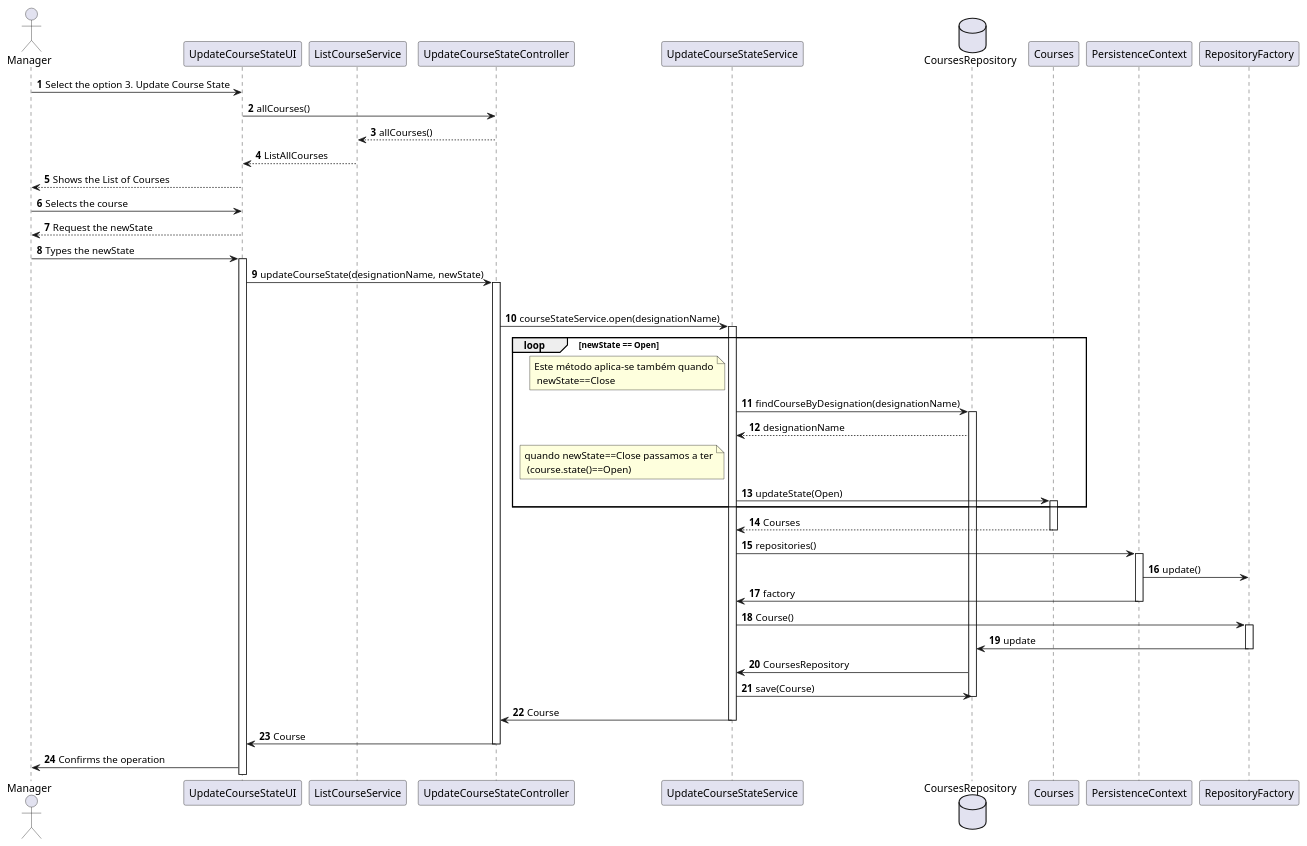
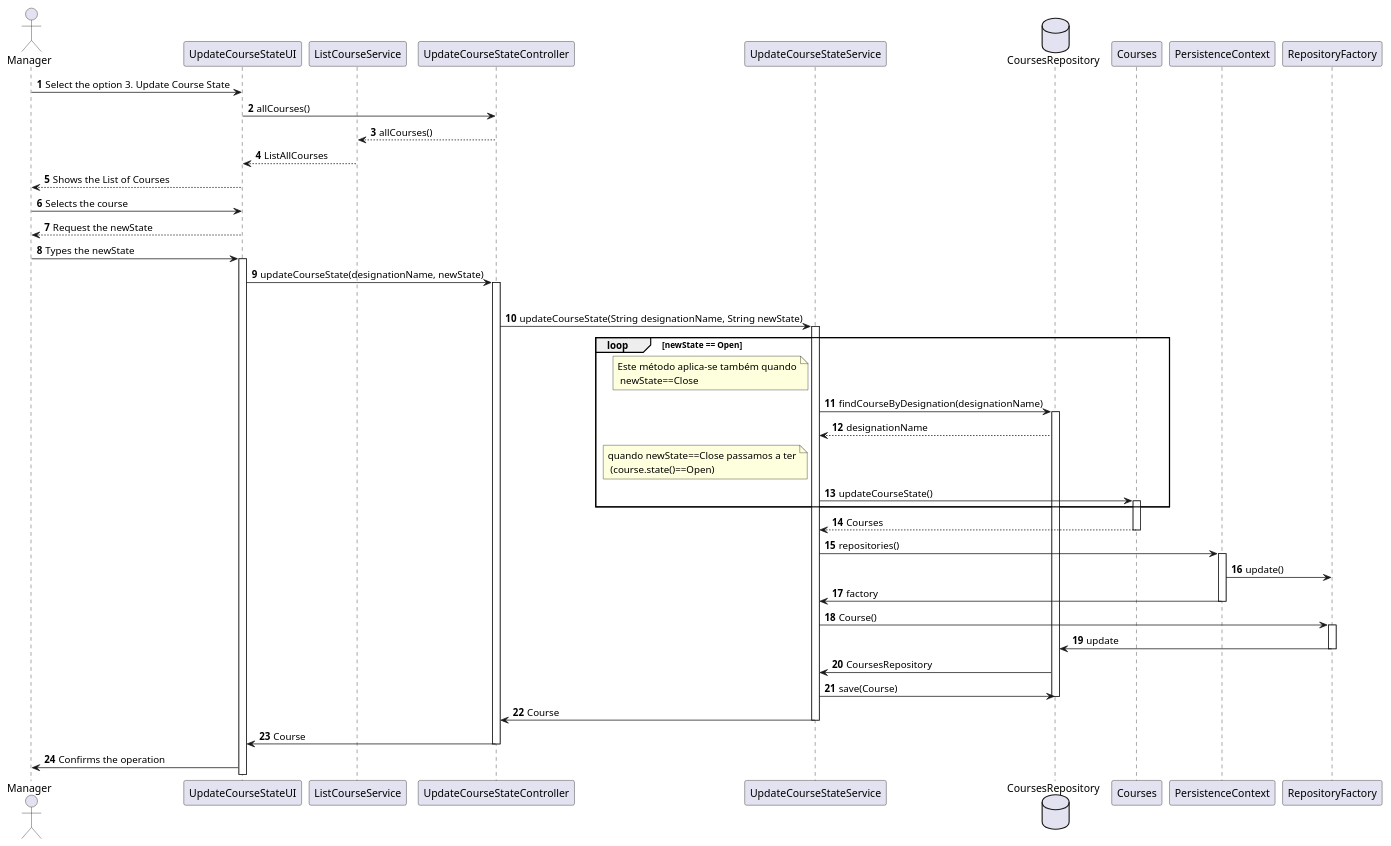
The diagram in docs/SPRINT B/US1004 - Open and Close Courses/Sequence_Diagram.puml (mascenso/isep-sem4-lapr4), drawn with PlantUML before and after one commit. The commit also changed 1 other file, not shown here.

```diff
--- a/docs/SPRINT B/US1004 - Open and Close Courses/Sequence_Diagram.puml
+++ b/docs/SPRINT B/US1004 - Open and Close Courses/Sequence_Diagram.puml
@@ -1,60 +1,60 @@
 @startuml
 'https://plantuml.com/sequence-diagram
 
 autonumber
 
 actor Manager
 
 Manager -> UpdateCourseStateUI: Select the option 3. Update Course State
 UpdateCourseStateUI -> UpdateCourseStateController: allCourses()
 UpdateCourseStateController --> ListCourseService: allCourses()
 ListCourseService --> UpdateCourseStateUI: ListAllCourses
 UpdateCourseStateUI --> Manager:  Shows the List of Courses
 Manager -> UpdateCourseStateUI: Selects the course
 UpdateCourseStateUI --> Manager: Request the newState
 Manager -> UpdateCourseStateUI: Types the newState
 activate UpdateCourseStateUI
 control UpdateCourseStateController
 UpdateCourseStateUI -> UpdateCourseStateController: updateCourseState(designationName, newState)
 activate UpdateCourseStateController
 
 
 
 loop newState == Open
 
-UpdateCourseStateController -> UpdateCourseStateService: courseStateService.open(designationName)
+UpdateCourseStateController -> UpdateCourseStateService: updateCourseState(String designationName, String newState)
 activate UpdateCourseStateService
 database CoursesRepository
  loop newState == Open
  note left of UpdateCourseStateService: Este método aplica-se também quando\n newState==Close
 
 UpdateCourseStateService -> CoursesRepository: findCourseByDesignation(designationName)
 activate CoursesRepository
 CoursesRepository --> UpdateCourseStateService: designationName
  note left of UpdateCourseStateService: quando newState==Close passamos a ter\n (course.state()==Open)
-UpdateCourseStateService -> Courses: updateState(Open)
+UpdateCourseStateService -> Courses: updateCourseState()
 activate Courses
 end loop
 
 Courses --> UpdateCourseStateService: Courses
 
 deactivate Courses
 UpdateCourseStateService -> PersistenceContext: repositories()
 
 activate PersistenceContext
 PersistenceContext -> RepositoryFactory: update()
 PersistenceContext -> UpdateCourseStateService: factory
 deactivate PersistenceContext
 UpdateCourseStateService -> RepositoryFactory: Course()
 activate RepositoryFactory
 RepositoryFactory -> CoursesRepository: update
 deactivate RepositoryFactory
 CoursesRepository -> UpdateCourseStateService: CoursesRepository
 UpdateCourseStateService -> CoursesRepository: save(Course)
 deactivate CoursesRepository
 UpdateCourseStateService -> UpdateCourseStateController: Course
 deactivate UpdateCourseStateService
 UpdateCourseStateController -> UpdateCourseStateUI: Course
 deactivate UpdateCourseStateController
 UpdateCourseStateUI -> Manager: Confirms the operation
 @enduml
```
